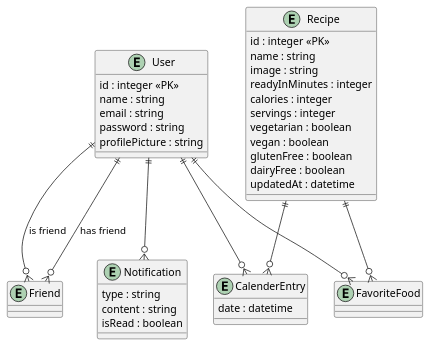
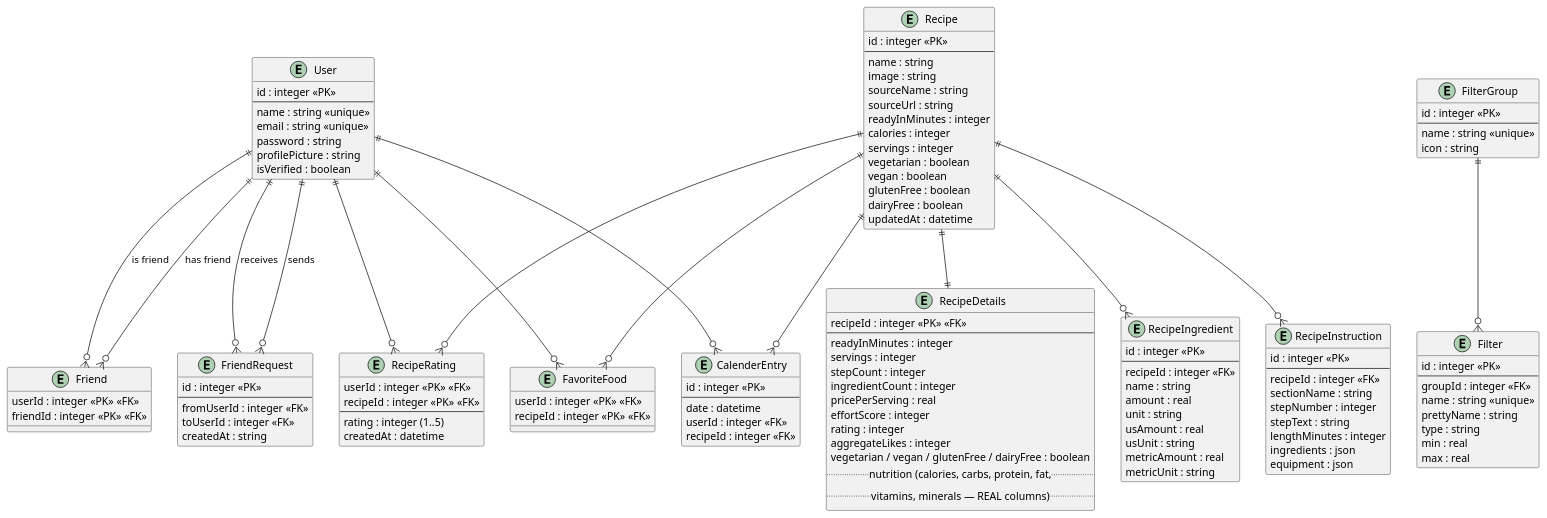
Before and after one commit to 2526-wmc-3bhif-classroom-org/sommerprojekt-wmc-forkcast: the diagram in erd.puml, drawn with PlantUML. The commit also changed 3 other files, not shown here.

First line of the commit message:
docs: add monorepo READMEs and refresh db schema diagram

```diff
--- a/erd.puml
+++ b/erd.puml
@@ -1,52 +1,143 @@
 @startuml
 
 entity "User" {
   id : integer <<PK>>
-  name : string
-  email : string
+  --
+  name : string <<unique>>
+  email : string <<unique>>
   password : string
   profilePicture : string
+  isVerified : boolean
 }
 
 entity "Friend" {
+  userId : integer <<PK>> <<FK>>
+  friendId : integer <<PK>> <<FK>>
 }
 
-entity "Notification" {
-  type : string
-  content : string
-  isRead : boolean
+entity "FriendRequest" {
+  id : integer <<PK>>
+  --
+  fromUserId : integer <<FK>>
+  toUserId : integer <<FK>>
+  createdAt : string
 }
 
 entity "Recipe" {
   id : integer <<PK>>
+  --
   name : string
   image : string
+  sourceName : string
+  sourceUrl : string
   readyInMinutes : integer
   calories : integer
   servings : integer
   vegetarian : boolean
   vegan : boolean
   glutenFree : boolean
   dairyFree : boolean
   updatedAt : datetime
 }
 
+entity "RecipeDetails" {
+  recipeId : integer <<PK>> <<FK>>
+  --
+  readyInMinutes : integer
+  servings : integer
+  stepCount : integer
+  ingredientCount : integer
+  pricePerServing : real
+  effortScore : integer
+  rating : integer
+  aggregateLikes : integer
+  vegetarian / vegan / glutenFree / dairyFree : boolean
+  .. nutrition (calories, carbs, protein, fat, ..
+  .. vitamins, minerals — REAL columns) ..
+}
+
+entity "RecipeIngredient" {
+  id : integer <<PK>>
+  --
+  recipeId : integer <<FK>>
+  name : string
+  amount : real
+  unit : string
+  usAmount : real
+  usUnit : string
+  metricAmount : real
+  metricUnit : string
+}
+
+entity "RecipeInstruction" {
+  id : integer <<PK>>
+  --
+  recipeId : integer <<FK>>
+  sectionName : string
+  stepNumber : integer
+  stepText : string
+  lengthMinutes : integer
+  ingredients : json
+  equipment : json
+}
+
 entity "CalenderEntry" {
+  id : integer <<PK>>
+  --
   date : datetime
+  userId : integer <<FK>>
+  recipeId : integer <<FK>>
 }
 
 entity "FavoriteFood" {
+  userId : integer <<PK>> <<FK>>
+  recipeId : integer <<PK>> <<FK>>
 }
+
+entity "RecipeRating" {
+  userId : integer <<PK>> <<FK>>
+  recipeId : integer <<PK>> <<FK>>
+  --
+  rating : integer (1..5)
+  createdAt : datetime
+}
+
+entity "FilterGroup" {
+  id : integer <<PK>>
+  --
+  name : string <<unique>>
+  icon : string
+}
+
+entity "Filter" {
+  id : integer <<PK>>
+  --
+  groupId : integer <<FK>>
+  name : string <<unique>>
+  prettyName : string
+  type : string
+  min : real
+  max : real
+}
+
+User ||--o{ Friend : has friend
+User ||--o{ Friend : is friend
+User ||--o{ FriendRequest : sends
+User ||--o{ FriendRequest : receives
 
 User ||--o{ CalenderEntry
 Recipe ||--o{ CalenderEntry
 
 User ||--o{ FavoriteFood
 Recipe ||--o{ FavoriteFood
 
-User ||--o{ Notification
+User ||--o{ RecipeRating
+Recipe ||--o{ RecipeRating
 
-User ||--o{ Friend : has friend
-User ||--o{ Friend : is friend
+Recipe ||--|| RecipeDetails
+Recipe ||--o{ RecipeIngredient
+Recipe ||--o{ RecipeInstruction
+
+FilterGroup ||--o{ Filter
 
 @enduml
```
